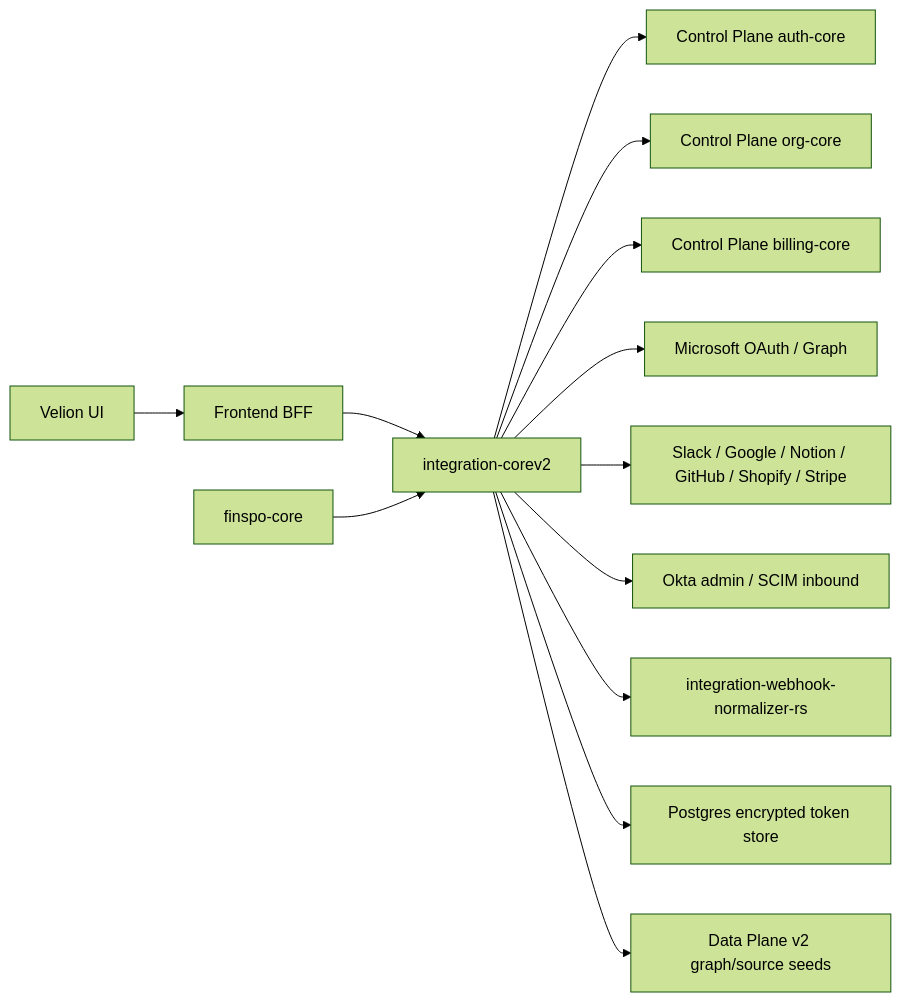
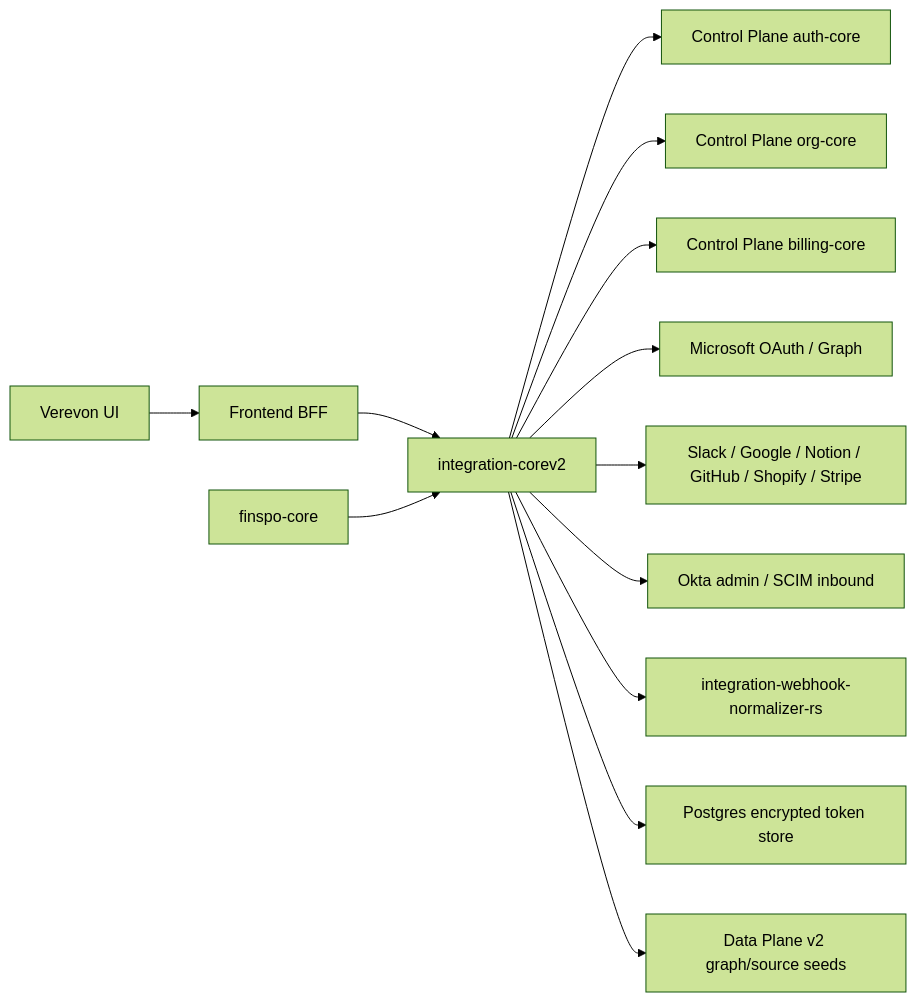
Before and after one commit to nisjety/CoreSystems: the diagram in apps/Ingestion Plane/integration-corev2/docs/ARCHITECTURE.md, drawn with Mermaid (forest theme). The commit also changed other lines of this file and 2447 other files, not shown here.

First line of the commit message:
refactor: rename Velion to Verevon across the monorepo

````diff
--- a/apps/Ingestion Plane/integration-corev2/docs/ARCHITECTURE.md
+++ b/apps/Ingestion Plane/integration-corev2/docs/ARCHITECTURE.md
@@ -16,15 +16,15 @@
 ```mermaid
 flowchart LR
-  UI["Velion UI"] --> BFF["Frontend BFF"]
+  UI["Verevon UI"] --> BFF["Frontend BFF"]
   BFF --> IC["integration-corev2"]
   IC --> AC["Control Plane auth-core"]
   IC --> OC["Control Plane org-core"]
   IC --> BC["Control Plane billing-core"]
   IC --> MS["Microsoft OAuth / Graph"]
   IC --> P["Slack / Google / Notion / GitHub / Shopify / Stripe"]
   IC --> IDP["Okta admin / SCIM inbound"]
   IC --> WH["integration-webhook-normalizer-rs"]
   IC --> DB["Postgres encrypted token store"]
   F["finspo-core"] --> IC
   IC --> DP["Data Plane v2 graph/source seeds"]
 ```
````
